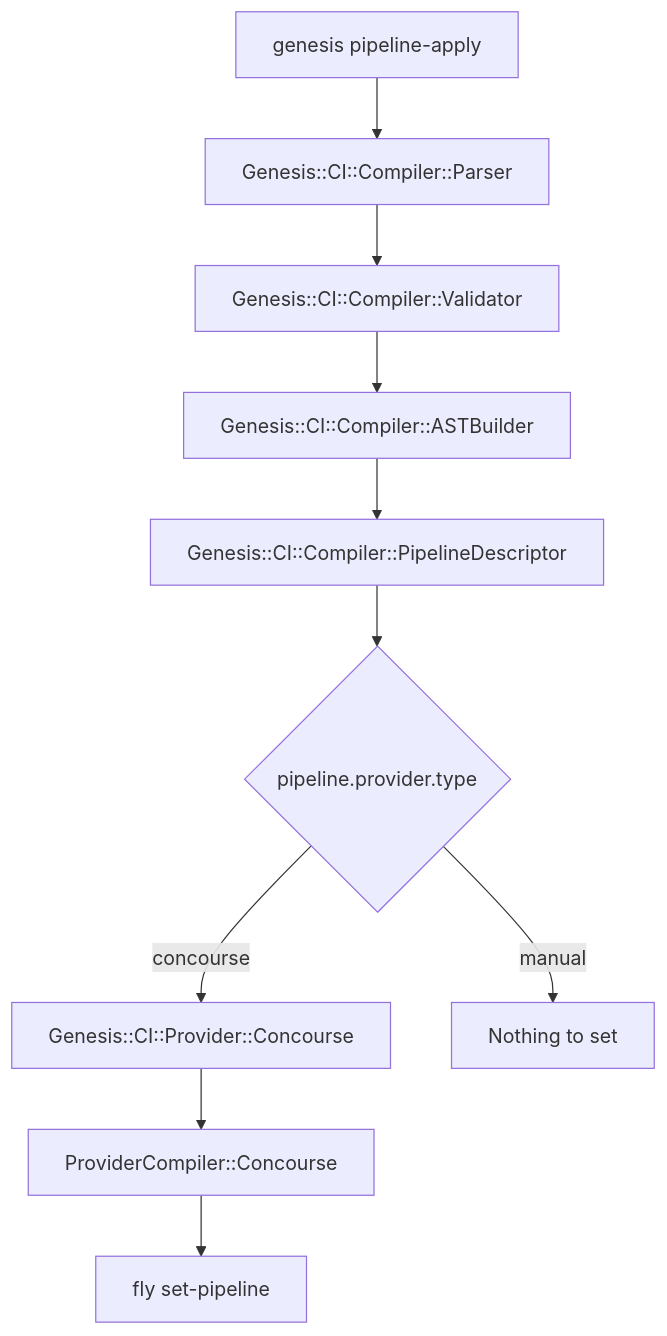
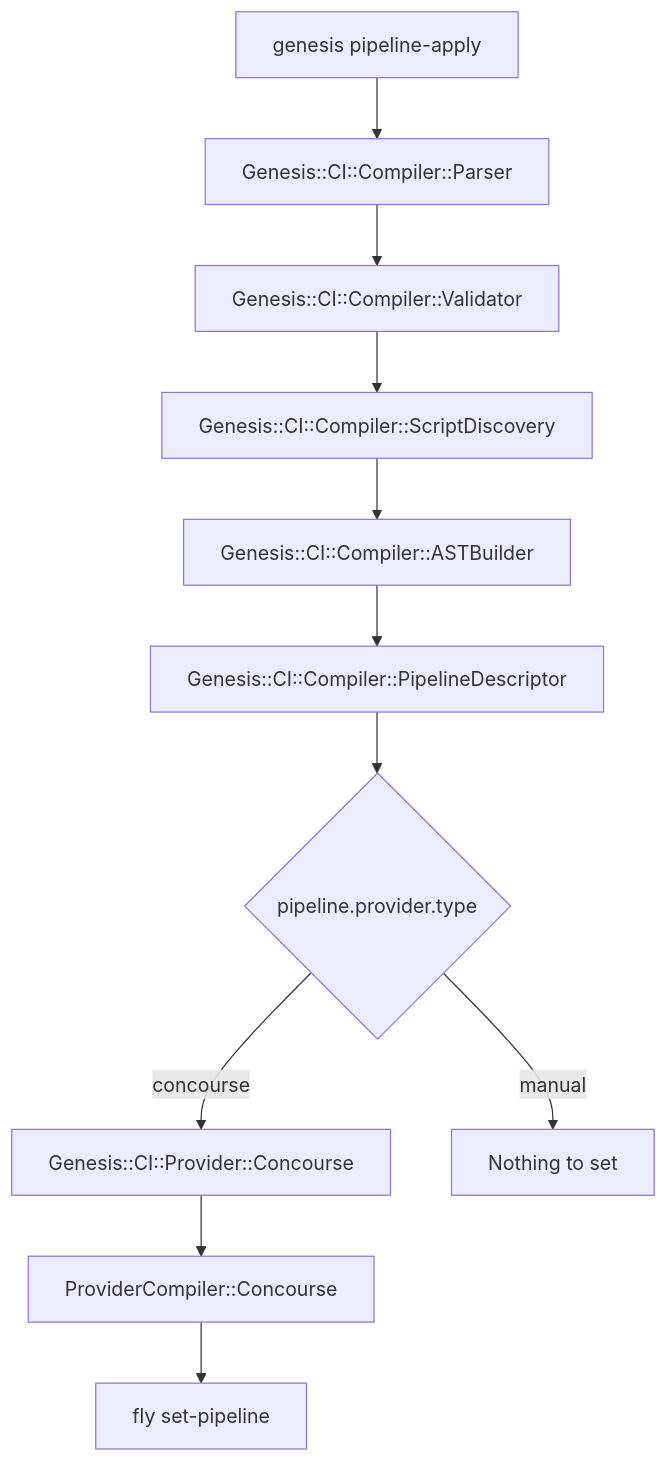
The diagram in docs/ci/user/cli-commands.md (RubidiumStudios/genesis), drawn with Mermaid before and after one commit. The commit also changed other lines of this file and 6 other files, not shown here.

````diff
--- a/docs/ci/user/cli-commands.md
+++ b/docs/ci/user/cli-commands.md
@@ -228,12 +226,13 @@
 ```mermaid
 flowchart TD
     A[genesis pipeline-apply] --> H[Genesis::CI::Compiler::Parser]
     H --> I[Genesis::CI::Compiler::Validator]
-    I --> J[Genesis::CI::Compiler::ASTBuilder]
+    I --> S[Genesis::CI::Compiler::ScriptDiscovery]
+    S --> J[Genesis::CI::Compiler::ASTBuilder]
     J --> K[Genesis::CI::Compiler::PipelineDescriptor]
     K --> L{pipeline.provider.type}
     L -->|concourse| M[Genesis::CI::Provider::Concourse]
     L -->|manual| P[Nothing to set]
     M --> Q[ProviderCompiler::Concourse]
     Q --> G[fly set-pipeline]
 ```
````
